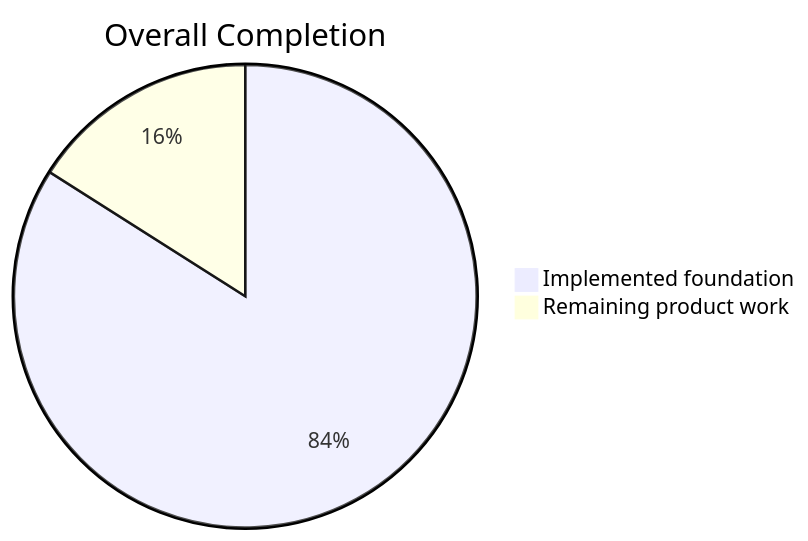
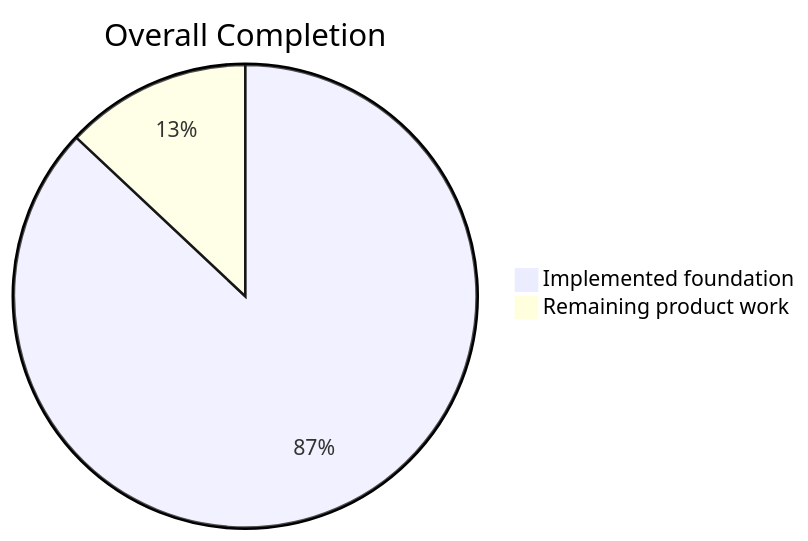
Before and after one commit to lingmulongtai/GlyphRay: the first of 5 diagrams in README.md, drawn with Mermaid. The commit also changed other lines of this file and 21 other files, not shown here.

````diff
--- a/README.md
+++ b/README.md
@@ -15,5 +15,5 @@
 ```mermaid
 pie title Overall Completion
-  "Implemented foundation" : 84
-  "Remaining product work" : 16
+  "Implemented foundation" : 87
+  "Remaining product work" : 13
 ```
````
